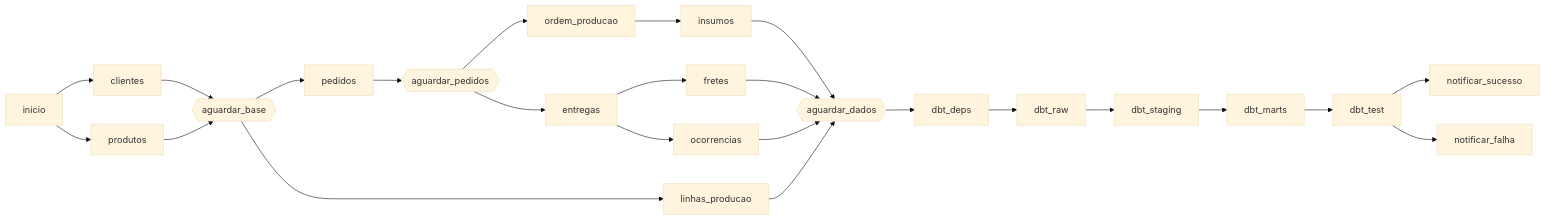
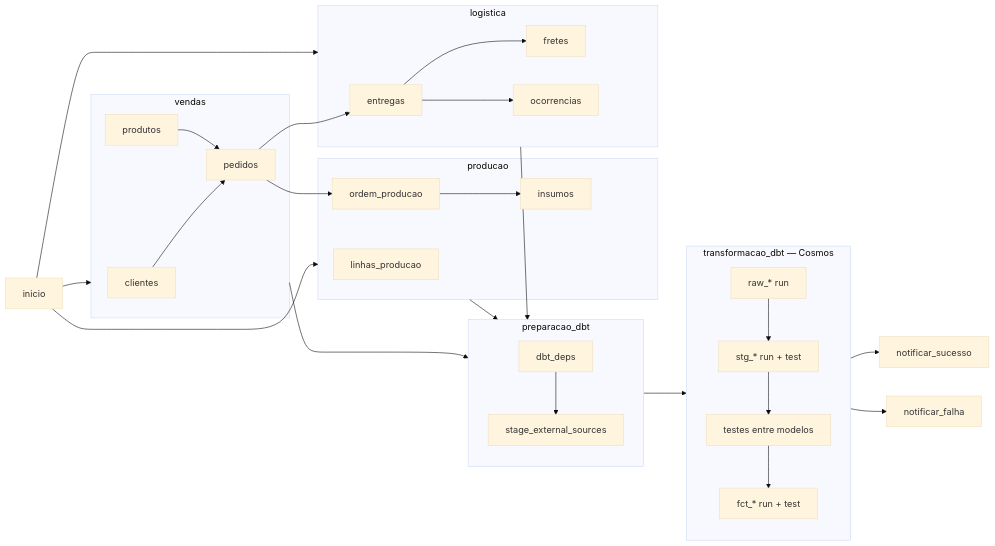
One commit to Fischerlopes/pipeline_completo changed the second of 2 diagrams in README.md. Above: the diagram before and after it, drawn with Mermaid (base theme). The commit also changed other lines of this file and 3 other files, not shown here.

Commit message:
Migra dbt para Cosmos (uma tarefa por modelo) e organiza DAG em TaskGroups

````diff
--- a/README.md
+++ b/README.md
@@ -46,13 +46,25 @@
 ```mermaid
 flowchart LR
-    inicio --> clientes & produtos
-    clientes & produtos --> base{{aguardar_base}}
-    base --> pedidos & linhas[linhas_producao]
-    pedidos --> ped{{aguardar_pedidos}}
-    ped --> ordens[ordem_producao] & entregas
-    ordens --> insumos
-    entregas --> fretes & ocorrencias
-    insumos & fretes & ocorrencias & linhas --> dados{{aguardar_dados}}
-    dados --> dbt_deps --> dbt_raw --> dbt_staging --> dbt_marts --> dbt_test
-    dbt_test --> sucesso[notificar_sucesso] & falha[notificar_falha]
+    subgraph vendas
+        clientes & produtos --> pedidos
+    end
+    subgraph producao
+        linhas[linhas_producao]
+        ordens[ordem_producao] --> insumos
+    end
+    subgraph logistica
+        entregas --> fretes & ocorrencias
+    end
+    subgraph prep[preparacao_dbt]
+        deps[dbt_deps] --> ext[stage_external_sources]
+    end
+    subgraph dbt[transformacao_dbt — Cosmos]
+        raw[raw_* run] --> stg[stg_* run + test] --> rel[testes entre modelos] --> fct[fct_* run + test]
+    end
+
+    inicio --> vendas & producao & logistica
+    pedidos --> ordens & entregas
+    vendas & producao & logistica --> prep
+    prep --> dbt
+    dbt --> sucesso[notificar_sucesso] & falha[notificar_falha]
 ```
````
